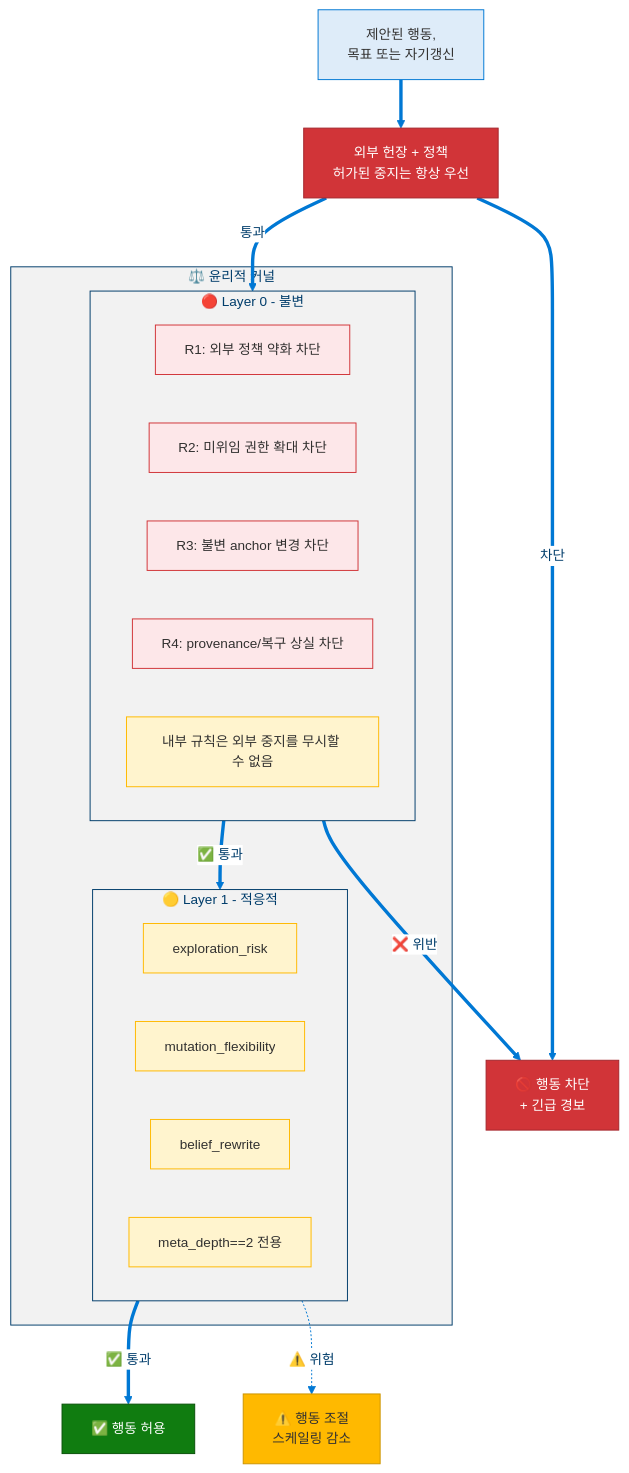
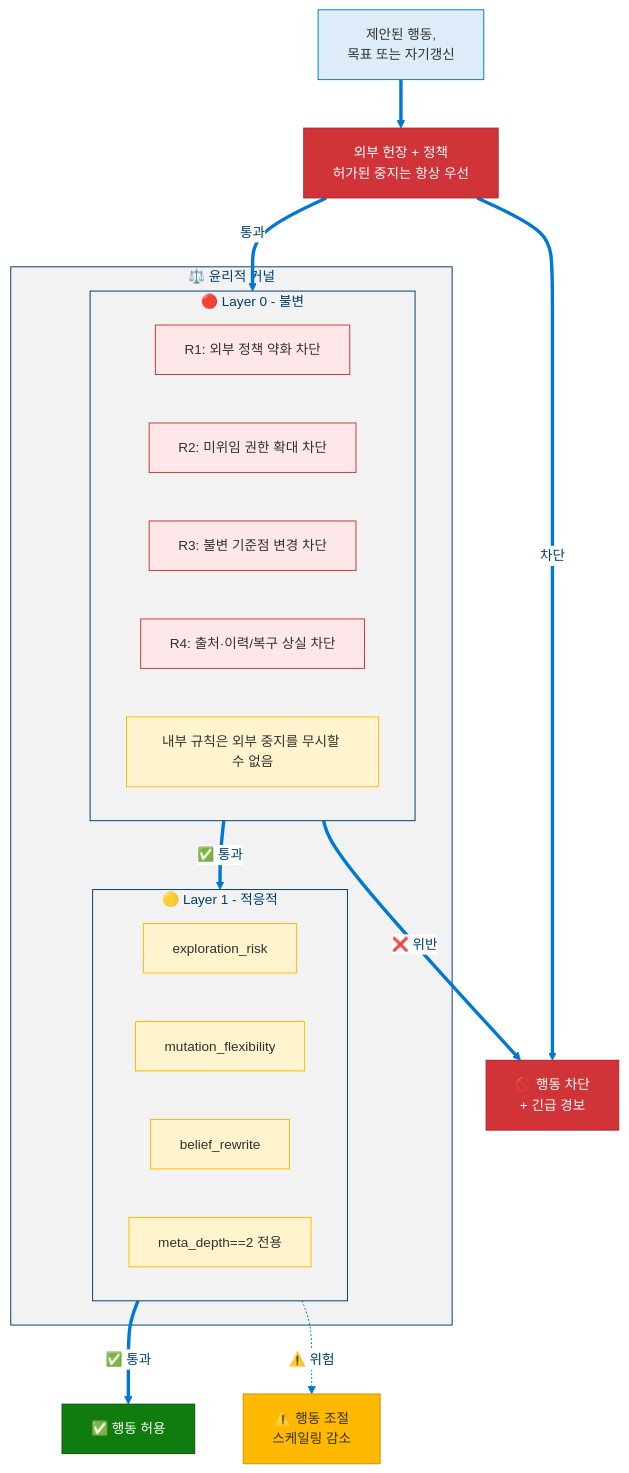
One commit to dotnetpower/mscp changed diagram 11 of 19 in docs/levels/Level_3_Self_Regulating_Agent.ko.md. Above: the diagram before and after it, drawn with Mermaid. The commit also changed other lines of this file and 33 other files, not shown here.

````diff
--- a/docs/levels/Level_3_Self_Regulating_Agent.ko.md
+++ b/docs/levels/Level_3_Self_Regulating_Agent.ko.md
@@ -837,45 +843,45 @@
 ```mermaid
 %%{init: {'theme': 'base', 'themeVariables': {'primaryColor': '#0078D4', 'primaryTextColor': '#003D6B', 'primaryBorderColor': '#003D6B', 'secondaryColor': '#50E6FF', 'secondaryTextColor': '#323130', 'secondaryBorderColor': '#00BCF2', 'tertiaryColor': '#F2F2F2', 'tertiaryTextColor': '#323130', 'lineColor': '#0078D4', 'textColor': '#323130', 'mainBkg': '#DEECF9', 'nodeBorder': '#0078D4', 'clusterBkg': '#F2F2F2', 'clusterBorder': '#003D6B', 'titleColor': '#003D6B', 'edgeLabelBackground': '#FFFFFF', 'fontSize': '14px'}}}%%
 flowchart TD
   classDef input fill:#DEECF9,stroke:#0078D4,color:#323130
   classDef immutable fill:#D13438,stroke:#A4262C,color:#FFF
   classDef immutableRule fill:#FDE7E9,stroke:#D13438,color:#323130
   classDef adaptive fill:#FFF4CE,stroke:#FFB900,color:#323130
   classDef block fill:#D13438,stroke:#A4262C,color:#FFF
   classDef allow fill:#107C10,stroke:#085108,color:#FFF
   classDef moderate fill:#FFB900,stroke:#CC9400,color:#323130
 
   INPUT["제안된 행동,<br/>목표 또는 자기갱신"]:::input
 
   EXTERNAL["외부 헌장 + 정책<br/>허가된 중지는 항상 우선"]:::immutable
 
   subgraph EthicalKernel["⚖️ 윤리적 커널"]
     subgraph Layer0["🔴 Layer 0 - 불변"]
       direction LR
       R1["R1: 외부 정책 약화 차단"]:::immutableRule
       R2["R2: 미위임 권한 확대 차단"]:::immutableRule
-      R3["R3: 불변 anchor 변경 차단"]:::immutableRule
-      R4["R4: provenance/복구 상실 차단"]:::immutableRule
+      R3["R3: 불변 기준점 변경 차단"]:::immutableRule
+      R4["R4: 출처·이력/복구 상실 차단"]:::immutableRule
       NOTE0["내부 규칙은 외부 중지를 무시할 수 없음"]:::adaptive
     end
     subgraph Layer1["🟡 Layer 1 - 적응적"]
       direction LR
       P1["exploration_risk"]:::adaptive
       P2["mutation_flexibility"]:::adaptive
       P3["belief_rewrite"]:::adaptive
       COND["meta_depth==2 전용"]:::adaptive
     end
   end
 
   BLOCK["🚫 행동 차단<br/>+ 긴급 경보"]:::block
   ALLOW["✅ 행동 허용"]:::allow
   REDUCE["⚠️ 행동 조절<br/>스케일링 감소"]:::moderate
 
   INPUT ==> EXTERNAL
   EXTERNAL ==>|통과| Layer0
   EXTERNAL ==>|차단| BLOCK
   Layer0 ==>|"✅ 통과"| Layer1
   Layer0 ==>|"❌ 위반"| BLOCK
   Layer1 ==>|"✅ 통과"| ALLOW
   Layer1 -.->|"⚠️ 위험"| REDUCE
 ```
````
